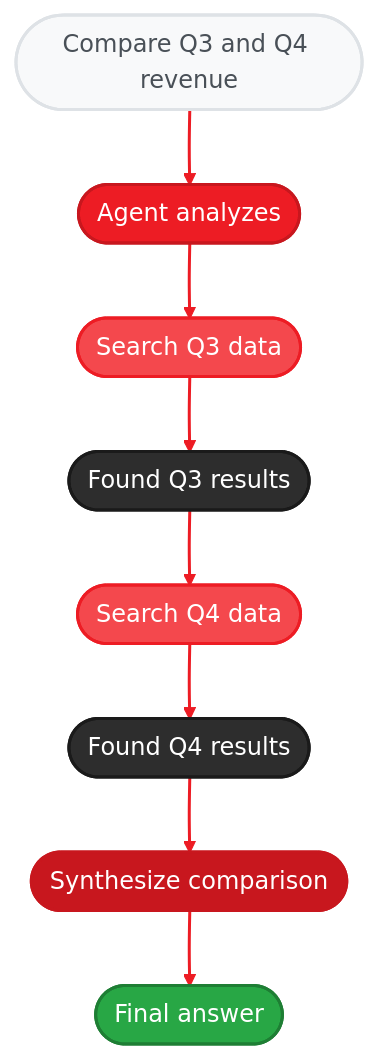
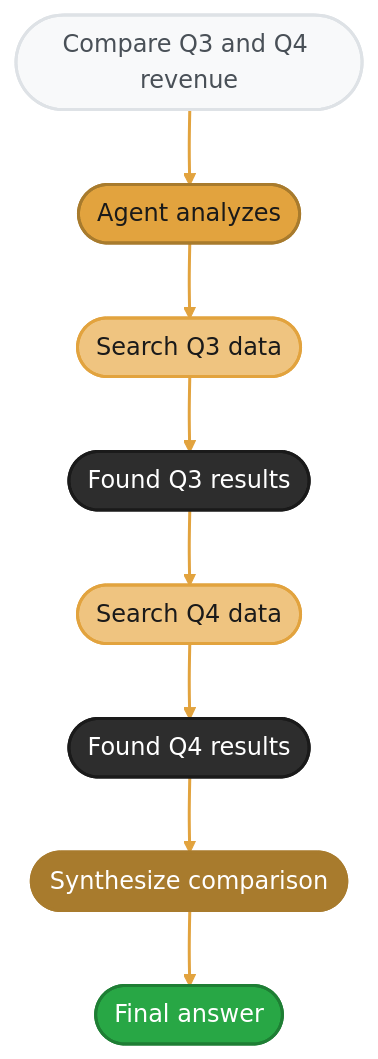
The sixth of 6 diagrams in docs/sdk/sdks/rag.mdx (amd/gaia), drawn with Mermaid before and after one commit. The commit also changed other lines of this file and 37 other files, not shown here.

````diff
--- a/docs/sdk/sdks/rag.mdx
+++ b/docs/sdk/sdks/rag.mdx
@@ -487,22 +487,22 @@
 ```mermaid
-%%{init: {'theme':'base', 'themeVariables': { 'primaryColor':'#ED1C24', 'primaryTextColor':'#fff', 'primaryBorderColor':'#C8171E', 'lineColor':'#F4484D', 'secondaryColor':'#2d2d2d', 'tertiaryColor':'#f5f5f5', 'fontFamily': 'system-ui, -apple-system, sans-serif'}}}%%
+%%{init: {'theme':'base', 'themeVariables': { 'primaryColor':'#E2A33E', 'primaryTextColor':'#1a1a1a', 'primaryBorderColor':'#A87B2D', 'lineColor':'#EFC480', 'secondaryColor':'#2d2d2d', 'tertiaryColor':'#f5f5f5', 'fontFamily': 'system-ui, -apple-system, sans-serif'}}}%%
 flowchart TD
     A(["Compare Q3 and Q4 revenue"]) --> B(["Agent analyzes"])
     B --> C(["Search Q3 data"])
     C --> D(["Found Q3 results"])
     D --> E(["Search Q4 data"])
     E --> F(["Found Q4 results"])
     F --> G(["Synthesize comparison"])
     G --> H(["Final answer"])
 
     style A fill:#f8f9fa,stroke:#dee2e6,stroke-width:2px,color:#495057
-    style B fill:#ED1C24,stroke:#C8171E,stroke-width:2px,color:#fff
-    style C fill:#F4484D,stroke:#ED1C24,stroke-width:2px,color:#fff
+    style B fill:#E2A33E,stroke:#A87B2D,stroke-width:2px,color:#1a1a1a
+    style C fill:#EFC480,stroke:#E2A33E,stroke-width:2px,color:#1a1a1a
     style D fill:#2d2d2d,stroke:#1a1a1a,stroke-width:2px,color:#fff
-    style E fill:#F4484D,stroke:#ED1C24,stroke-width:2px,color:#fff
+    style E fill:#EFC480,stroke:#E2A33E,stroke-width:2px,color:#1a1a1a
     style F fill:#2d2d2d,stroke:#1a1a1a,stroke-width:2px,color:#fff
-    style G fill:#C8171E,stroke:#C8171E,stroke-width:2px,color:#fff
+    style G fill:#A87B2D,stroke:#A87B2D,stroke-width:2px,color:#fff
     style H fill:#28a745,stroke:#1e7e34,stroke-width:2px,color:#fff
 
-    linkStyle 0,1,2,3,4,5,6 stroke:#ED1C24,stroke-width:2px
+    linkStyle 0,1,2,3,4,5,6 stroke:#E2A33E,stroke-width:2px
 ```
````
